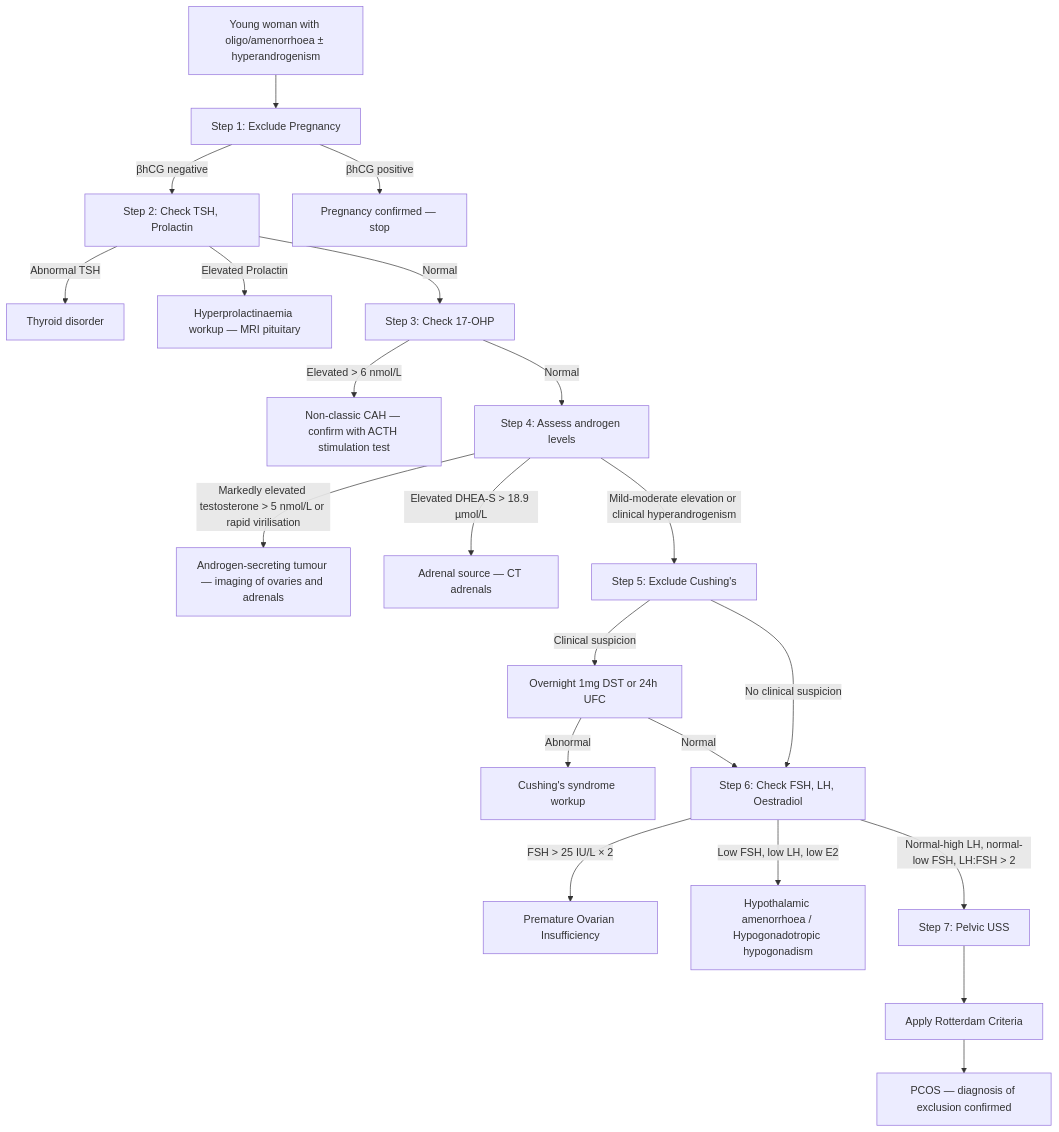
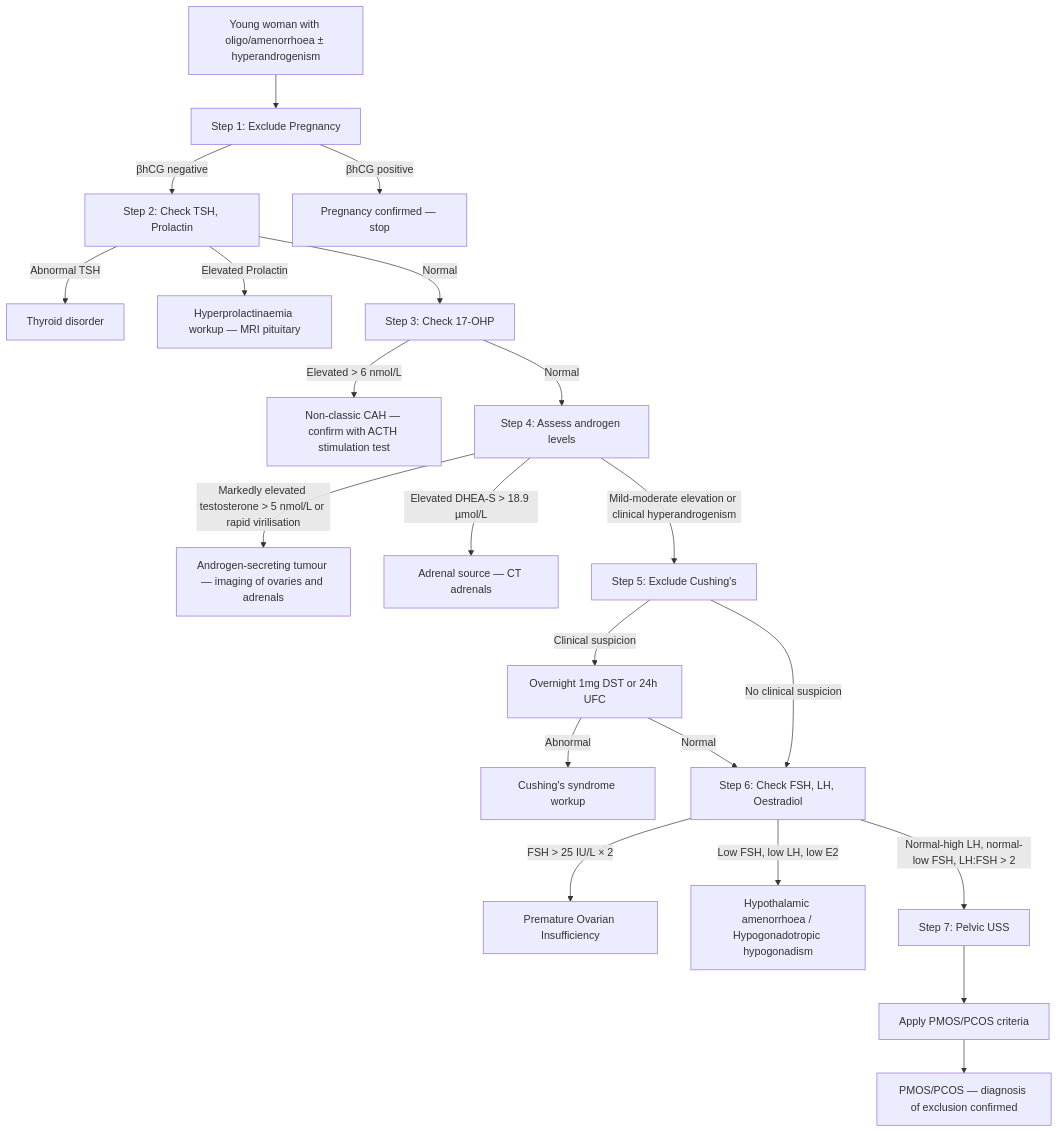
The diagram in content/fragments/obstetrics-and-gynecology/polycystic-ovarian-syndrome-pcos/ddx.mdx (techjason/mbbspedia), drawn with Mermaid before and after one commit. The commit also changed other lines of this file and 9 other files, not shown here.

````diff
--- a/content/fragments/obstetrics-and-gynecology/polycystic-ovarian-syndrome-pcos/ddx.mdx
+++ b/content/fragments/obstetrics-and-gynecology/polycystic-ovarian-syndrome-pcos/ddx.mdx
@@ -62,23 +62,23 @@
 ```mermaid
 graph TD
     A["Young woman with oligo/amenorrhoea ± hyperandrogenism"] --> B["Step 1: Exclude Pregnancy"]
     B -->|"βhCG negative"| C["Step 2: Check TSH, Prolactin"]
     B -->|"βhCG positive"| Z["Pregnancy confirmed — stop"]
     C -->|"Abnormal TSH"| D["Thyroid disorder"]
     C -->|"Elevated Prolactin"| E["Hyperprolactinaemia workup — MRI pituitary"]
     C -->|"Normal"| F["Step 3: Check 17-OHP"]
     F -->|"Elevated > 6 nmol/L"| G["Non-classic CAH — confirm with ACTH stimulation test"]
     F -->|"Normal"| H["Step 4: Assess androgen levels"]
     H -->|"Markedly elevated testosterone > 5 nmol/L or rapid virilisation"| I["Androgen-secreting tumour — imaging of ovaries and adrenals"]
     H -->|"Elevated DHEA-S > 18.9 µmol/L"| J["Adrenal source — CT adrenals"]
     H -->|"Mild-moderate elevation or clinical hyperandrogenism"| K["Step 5: Exclude Cushing's"]
     K -->|"Clinical suspicion"| L["Overnight 1mg DST or 24h UFC"]
     L -->|"Abnormal"| M["Cushing's syndrome workup"]
     L -->|"Normal"| N["Step 6: Check FSH, LH, Oestradiol"]
     K -->|"No clinical suspicion"| N
     N -->|"FSH > 25 IU/L × 2"| O["Premature Ovarian Insufficiency"]
     N -->|"Low FSH, low LH, low E2"| P["Hypothalamic amenorrhoea / Hypogonadotropic hypogonadism"]
     N -->|"Normal-high LH, normal-low FSH, LH:FSH > 2"| Q["Step 7: Pelvic USS"]
-    Q --> R["Apply Rotterdam Criteria"]
-    R --> S["PCOS — diagnosis of exclusion confirmed"]
+    Q --> R["Apply PMOS/PCOS criteria"]
+    R --> S["PMOS/PCOS — diagnosis of exclusion confirmed"]
 ```
````
